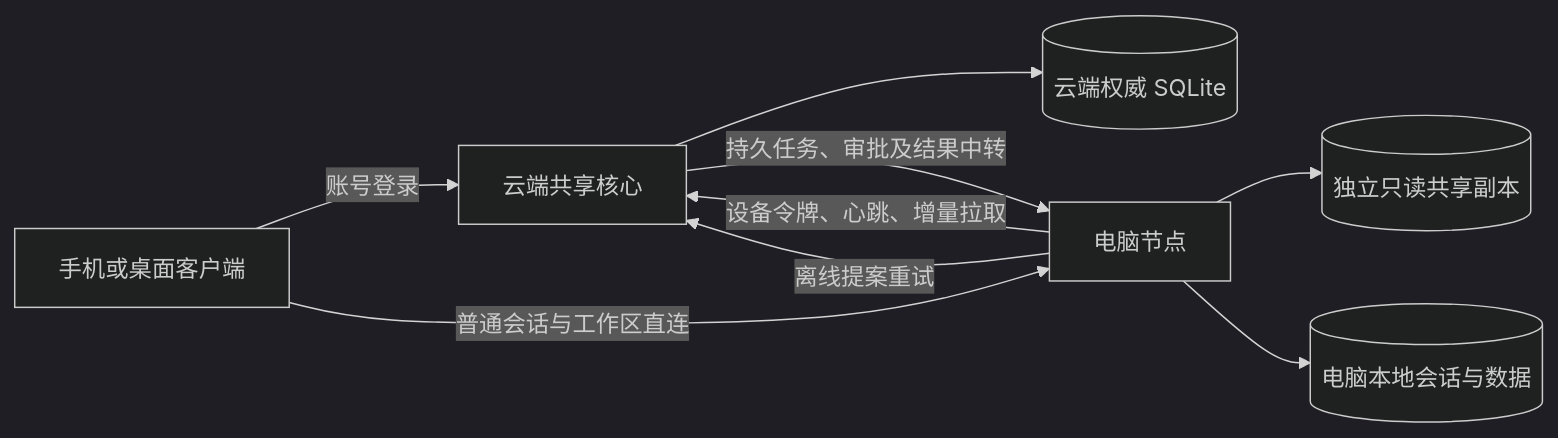
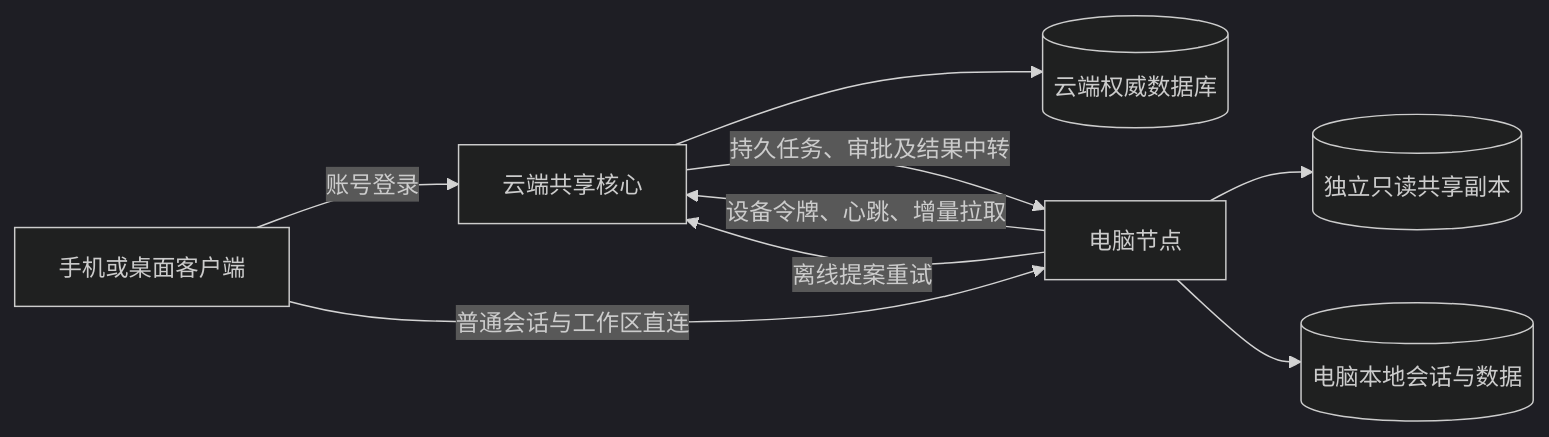
One commit to Viottery/lka-backend changed the second of 2 diagrams in docs/architecture.md. Above: the diagram before and after it, drawn with Mermaid (dark theme). The commit also changed other lines of this file and 250 other files, not shown here.

````diff
--- a/docs/architecture.md
+++ b/docs/architecture.md
@@ -92,11 +121,11 @@
 ```mermaid
 flowchart LR
     P[手机或桌面客户端] -->|账号登录| H[云端共享核心]
-    H --> D[(云端权威 SQLite)]
+    H --> D[(云端权威数据库)]
     N[电脑节点] -->|设备令牌、心跳、增量拉取| H
     N --> R[(独立只读共享副本)]
     N --> L[(电脑本地会话与数据)]
     N -->|离线提案重试| H
     P -->|普通会话与工作区直连| N
     H -->|持久任务、审批及结果中转| N
 ```
````
